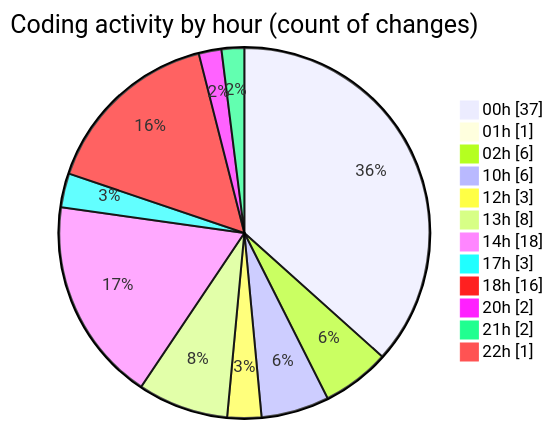
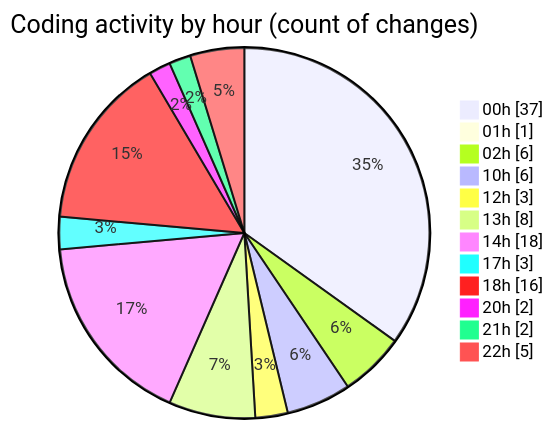
One commit to julien-gomy/code-tracking changed the second of 2 diagrams in 2025-11-20/eventscop-frontend-guide__workspace_/README.md. Above: the diagram before and after it, drawn with Mermaid. The commit also changed other lines of this file and 1 other file, not shown here.

````diff
--- a/2025-11-20/eventscop-frontend-guide__workspace_/README.md
+++ b/2025-11-20/eventscop-frontend-guide__workspace_/README.md
@@ -62,16 +63,16 @@
 ```mermaid
 pie showData
 title Coding activity by hour (count of changes)
 "00h" : 37
 "01h" : 1
 "02h" : 6
 "10h" : 6
 "12h" : 3
 "13h" : 8
 "14h" : 18
 "17h" : 3
 "18h" : 16
 "20h" : 2
 "21h" : 2
-"22h" : 1
+"22h" : 5
 ```
````
